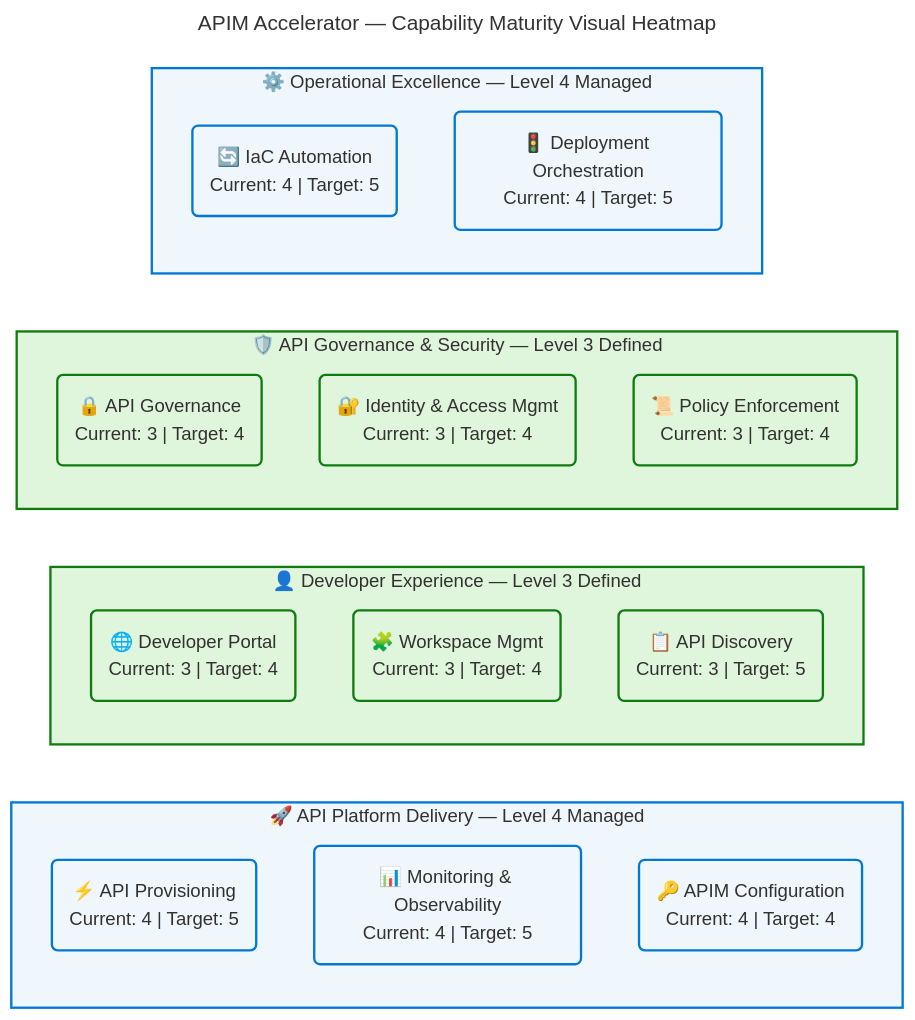
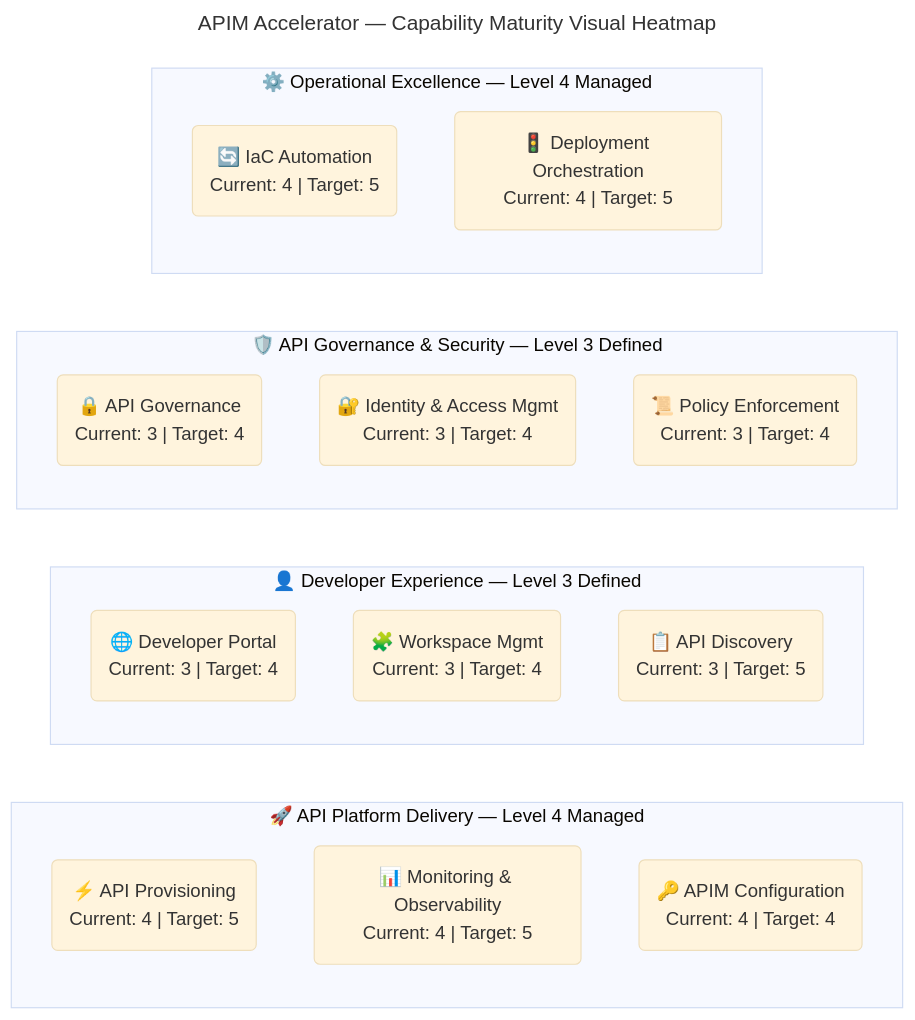
The fifth of 6 diagrams in docs/architecture/business-architecture.md (Evilazaro/APIM-Accelerator), drawn with Mermaid before and after one commit. The commit also changed other lines of this file and 1 other file, not shown here.

Commit message:
style: remove redundant comments and streamline flowchart styles for clarity in data architecture documentation

````diff
--- a/docs/architecture/business-architecture.md
+++ b/docs/architecture/business-architecture.md
@@ -678,58 +650,42 @@
 ```mermaid
 ---
 title: "APIM Accelerator — Capability Maturity Visual Heatmap"
 config:
   theme: base
   look: classic
   layout: dagre
   themeVariables:
     fontSize: '16px'
   flowchart:
     htmlLabels: true
 ---
 flowchart LR
     accTitle: APIM Accelerator Capability Maturity Visual Heatmap
     accDescr: Grouped flowchart showing current maturity level for eleven capabilities across four domains — API Platform Delivery and Operational Excellence at Level 4 Managed, Developer Experience and API Governance at Level 3 Defined
 
-    %% ═══════════════════════════════════════════════════════════════════════════
-    %% AZURE / FLUENT ARCHITECTURE PATTERN v1.1
-    %% (Semantic + Structural + Font + Accessibility Governance)
-    %% ═══════════════════════════════════════════════════════════════════════════
-    %% PHASE 1 - FLUENT UI: All styling uses approved Fluent UI palette only
-    %% PHASE 2 - GROUPS: Every subgraph has semantic color via style directive
-    %% PHASE 3 - COMPONENTS: Every node has semantic classDef + icon prefix
-    %% PHASE 4 - ACCESSIBILITY: accTitle/accDescr present, WCAG AA contrast
-    %% PHASE 5 - STANDARD: Governance block present, classDefs centralized
-    %% ═══════════════════════════════════════════════════════════════════════════
+
 
     subgraph apiPlatform["🚀 API Platform Delivery — Level 4 Managed"]
         c1("⚡ API Provisioning<br>Current: 4 | Target: 5"):::core
         c2("📊 Monitoring & Observability<br>Current: 4 | Target: 5"):::core
         c3("🔑 APIM Configuration<br>Current: 4 | Target: 4"):::core
     end
 
     subgraph devExp["👤 Developer Experience — Level 3 Defined"]
         c4("🌐 Developer Portal<br>Current: 3 | Target: 4"):::success
         c5("🧩 Workspace Mgmt<br>Current: 3 | Target: 4"):::success
         c6("📋 API Discovery<br>Current: 3 | Target: 5"):::success
     end
 
     subgraph governance["🛡️ API Governance & Security — Level 3 Defined"]
         c7("🔒 API Governance<br>Current: 3 | Target: 4"):::success
         c8("🔐 Identity & Access Mgmt<br>Current: 3 | Target: 4"):::success
         c9("📜 Policy Enforcement<br>Current: 3 | Target: 4"):::success
     end
 
     subgraph opEx["⚙️ Operational Excellence — Level 4 Managed"]
         c10("🔄 IaC Automation<br>Current: 4 | Target: 5"):::core
         c11("🚦 Deployment Orchestration<br>Current: 4 | Target: 5"):::core
     end
 
-    style apiPlatform fill:#EFF6FC,stroke:#0078D4,stroke-width:2px,color:#323130
-    style devExp fill:#DFF6DD,stroke:#107C10,stroke-width:2px,color:#323130
-    style governance fill:#DFF6DD,stroke:#107C10,stroke-width:2px,color:#323130
-    style opEx fill:#EFF6FC,stroke:#0078D4,stroke-width:2px,color:#323130
-
-    classDef core fill:#EFF6FC,stroke:#0078D4,stroke-width:2px,color:#323130
-    classDef success fill:#DFF6DD,stroke:#107C10,stroke-width:2px,color:#323130
 ```
````
